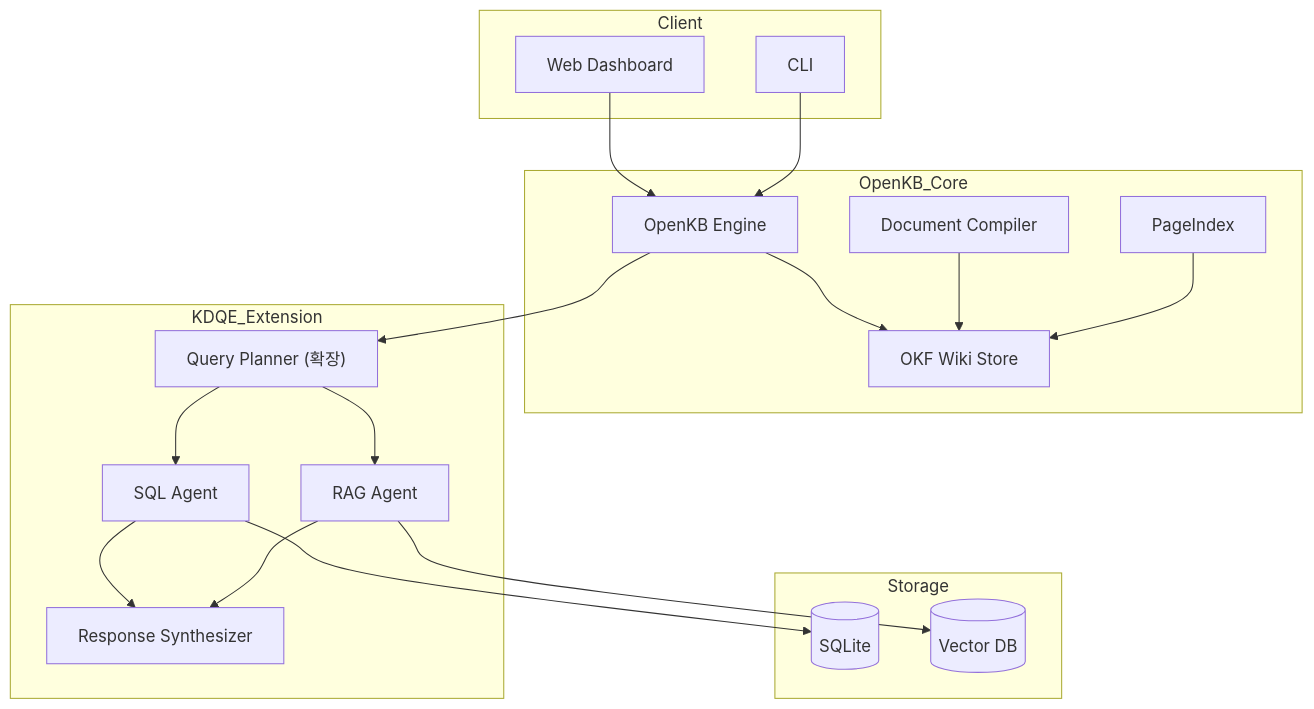
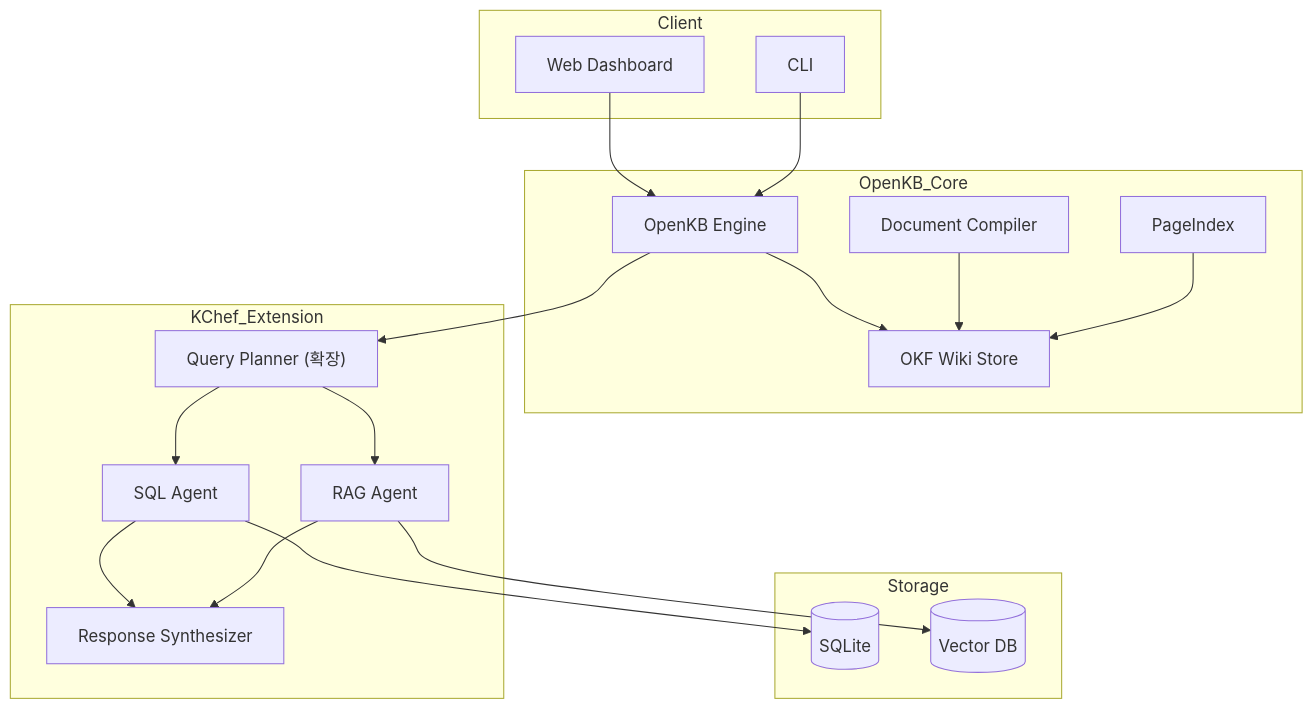
One commit to taewony/metaprogramming changed the second of 4 diagrams in KnowledgeChef/README.md. Above: the diagram before and after it, drawn with Mermaid. The commit also changed other lines of this file and 34 other files, not shown here.

````diff
--- a/KnowledgeChef/README.md
+++ b/KnowledgeChef/README.md
@@ -180,39 +180,39 @@
 ```mermaid
 flowchart TD
     subgraph Client
         UI["Web Dashboard"]
         CLI["CLI"]
     end
 
     subgraph OpenKB_Core
         OKB["OpenKB Engine"]
         WIKI["OKF Wiki Store"]
         COMP["Document Compiler"]
         INDEX["PageIndex"]
     end
 
-    subgraph KDQE_Extension
+    subgraph KChef_Extension
         PLAN["Query Planner (확장)"]
         SQL["SQL Agent"]
         RAG["RAG Agent"]
         SYN["Response Synthesizer"]
     end
 
     subgraph Storage
         DB[("SQLite")]
         VDB[("Vector DB")]
     end
 
     UI --> OKB
     CLI --> OKB
     OKB --> WIKI
     OKB --> PLAN
     PLAN --> SQL
     PLAN --> RAG
     SQL --> DB
     RAG --> VDB
     SQL --> SYN
     RAG --> SYN
     COMP --> WIKI
     INDEX --> WIKI
 ```
````
